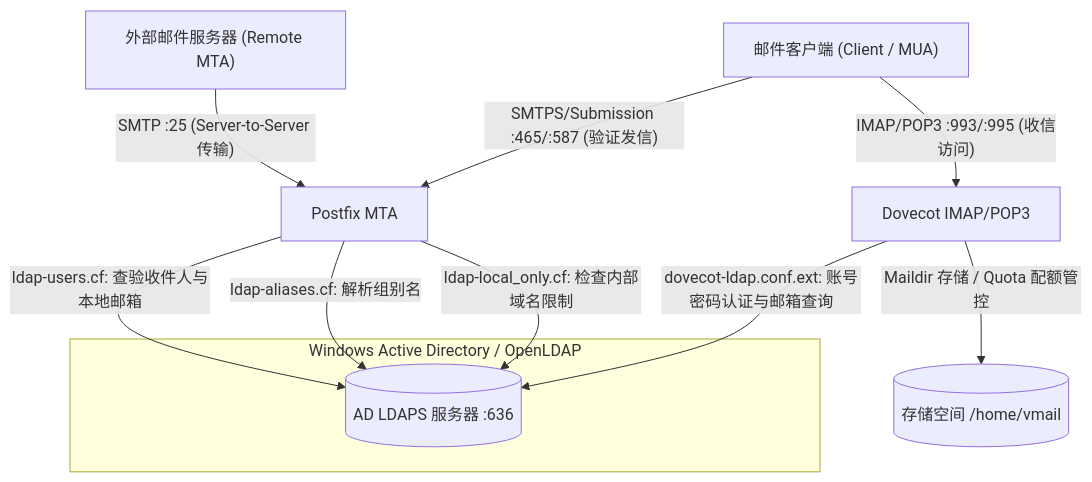
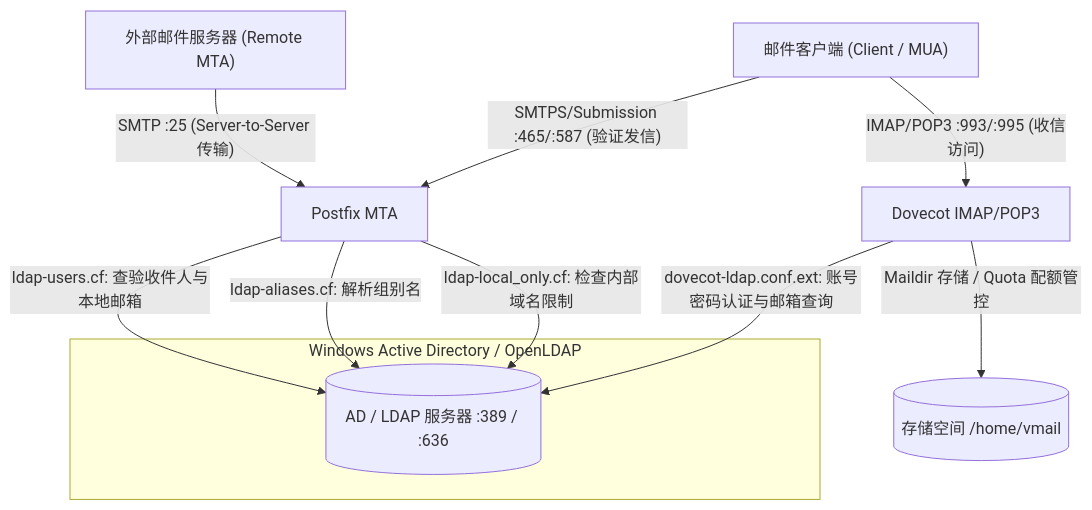
The first of 4 diagrams in ARCHITECTURE.zh-CN.md (WilliamFromTW/docker-Postfix-AD), drawn with Mermaid before and after one commit. The commit also changed other lines of this file and 17 other files, not shown here.

Commit message:
feat(ldap): support configurable LDAP/LDAPS port with ENABLE_LDAPS (default 389)

````diff
--- a/ARCHITECTURE.zh-CN.md
+++ b/ARCHITECTURE.zh-CN.md
@@ -21,16 +21,16 @@
 ```mermaid
 graph TD
     RemoteMTA["外部邮件服务器 (Remote MTA)"] -->|"SMTP :25 (Server-to-Server 传输)"| Postfix["Postfix MTA"]
     Client["邮件客户端 (Client / MUA)"] -->|"SMTPS/Submission :465/:587 (验证发信)"| Postfix
     Client -->|"IMAP/POP3 :993/:995 (收信访问)"| Dovecot["Dovecot IMAP/POP3"]
     
     subgraph AD_DC ["Windows Active Directory / OpenLDAP"]
-        AD[("AD LDAPS 服务器 :636")]
+        AD[("AD / LDAP 服务器 :389 / :636")]
     end
 
     Postfix -->|ldap-users.cf: 查验收件人与本地邮箱| AD
     Postfix -->|ldap-aliases.cf: 解析组别名| AD
     Postfix -->|ldap-local_only.cf: 检查内部域名限制| AD
     Dovecot -->|dovecot-ldap.conf.ext: 账号密码认证与邮箱查询| AD
     Dovecot -->|Maildir 存储 / Quota 配额管控| VMail[("存储空间 /home/vmail")]
 ```
````
